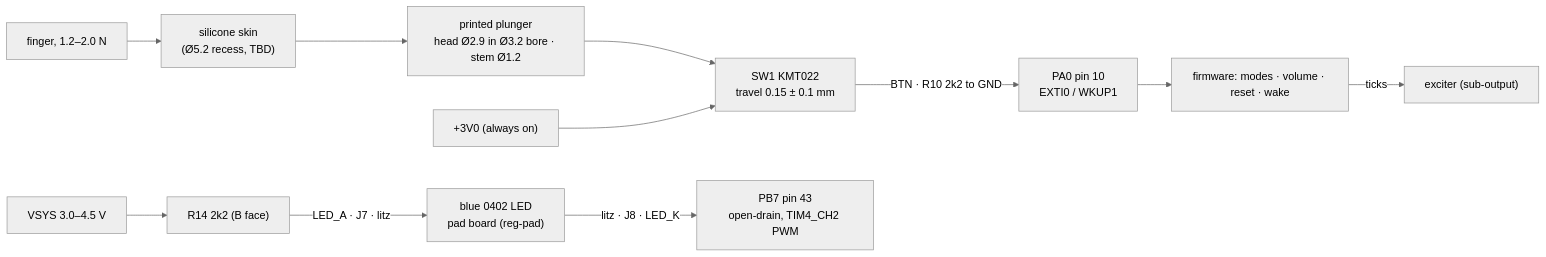
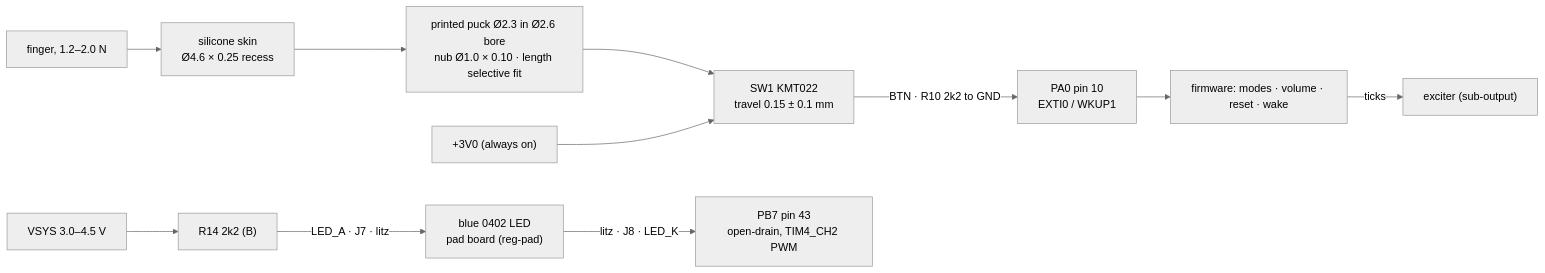
The diagram in docs/system/sub-ui.md (HrafnaValkyrja/ultrasonic), drawn with Mermaid (neutral theme) before and after one commit. The commit also changed other lines of this file and 2 other files, not shown here.

First line of the commit message:
docs/system: sub-audio-in, sub-ui, sub-debug-test bodies rewritten to the Phase-2 design (mic port 1.88/6.0 + sealed D1.0 duct, SW1 pocket + puck kit, bare F test pads in VHB cut-outs); Rev F/G as reference section

````diff
--- a/docs/system/sub-ui.md
+++ b/docs/system/sub-ui.md
@@ -17,6 +17,6 @@
 ```mermaid
 flowchart LR
-  F["finger, 1.2–2.0 N"] --> SK["silicone skin<br/>(Ø5.2 recess, TBD)"] --> PL["printed plunger<br/>head Ø2.9 in Ø3.2 bore · stem Ø1.2"] --> SW["SW1 KMT022<br/>travel 0.15 ± 0.1 mm"]
+  F["finger, 1.2–2.0 N"] --> SK["silicone skin<br/>Ø4.6 × 0.25 recess"] --> PL["printed puck Ø2.3 in Ø2.6 bore<br/>nub Ø1.0 × 0.10 · length selective fit"] --> SW["SW1 KMT022<br/>travel 0.15 ± 0.1 mm"]
   V3["+3V0 (always on)"] --> SW -->|"BTN · R10 2k2 to GND"| PA0["PA0 pin 10<br/>EXTI0 / WKUP1"] --> FW["firmware: modes · volume · reset · wake"] -->|"ticks"| EX["exciter (sub-output)"]
-  VS["VSYS 3.0–4.5 V"] --> R14["R14 2k2 (B face)"] -->|"LED_A · J7 · litz"| LED["blue 0402 LED<br/>pad board (reg-pad)"] -->|"litz · J8 · LED_K"| PB7["PB7 pin 43<br/>open-drain, TIM4_CH2 PWM"]
+  VS["VSYS 3.0–4.5 V"] --> R14["R14 2k2 (B)"] -->|"LED_A · J7 · litz"| LED["blue 0402 LED<br/>pad board (reg-pad)"] -->|"litz · J8 · LED_K"| PB7["PB7 pin 43<br/>open-drain, TIM4_CH2 PWM"]
 ```
````
